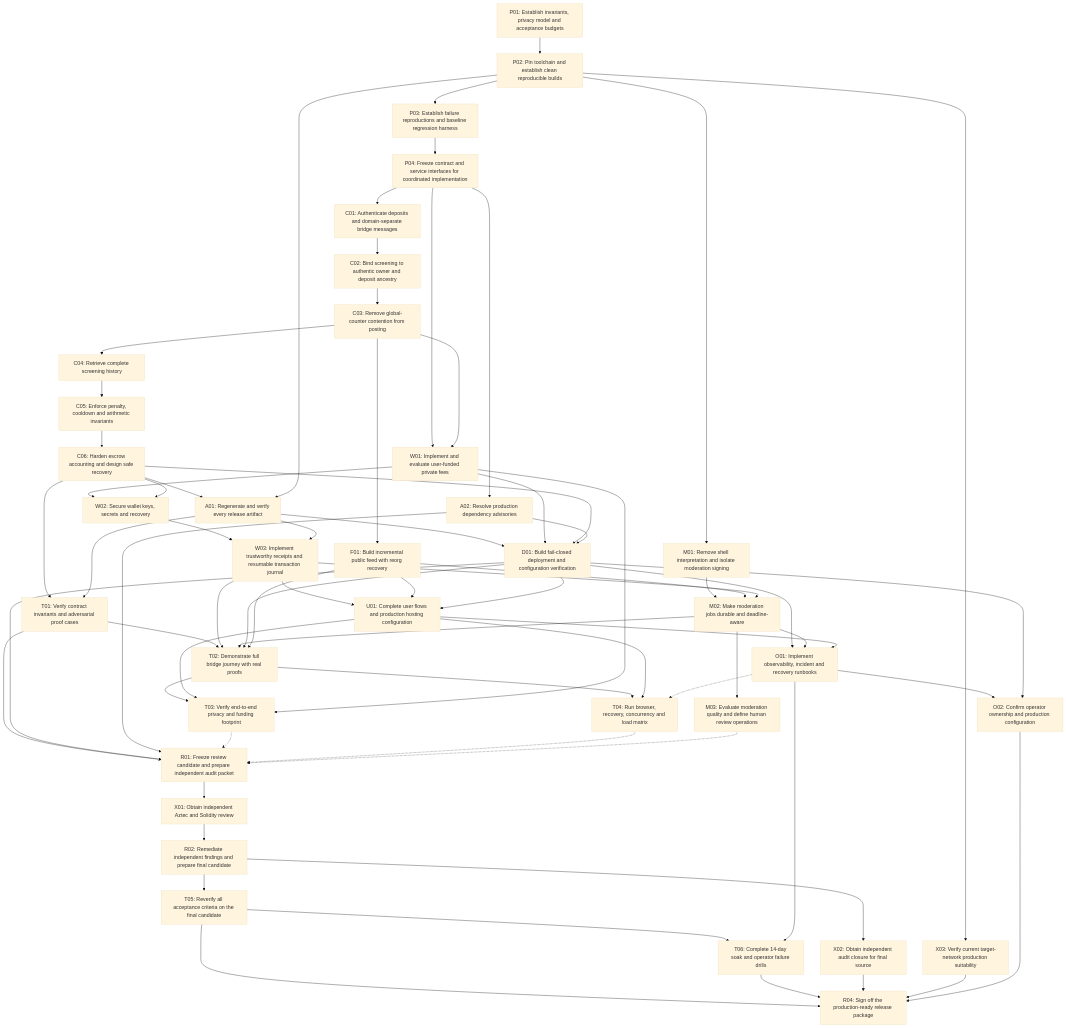
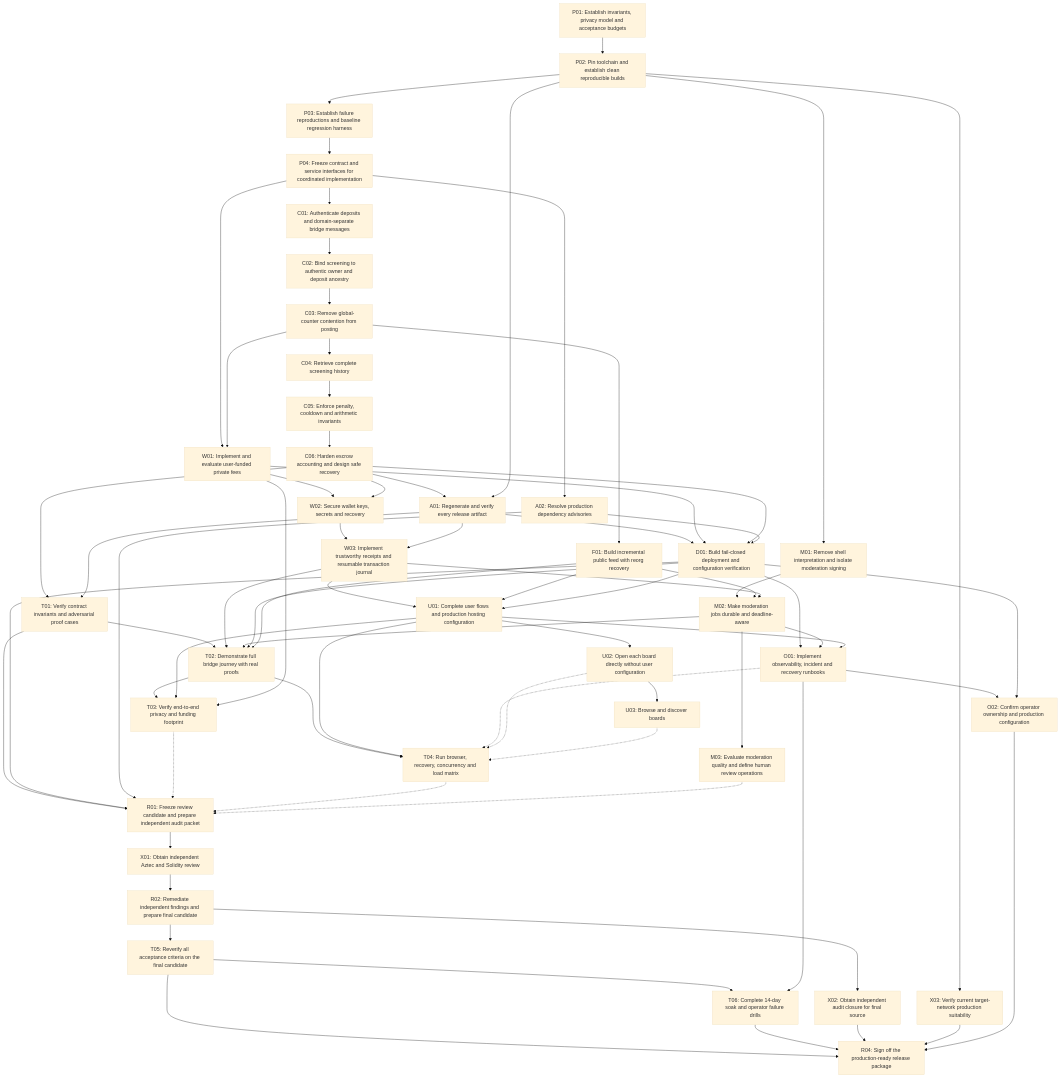
Before and after one commit to zac-williamson/aztec_experiments: the diagram in execution/GRAPH.md, drawn with Mermaid (base theme). The commit also changed other lines of this file and 7 other files, not shown here.

````diff
--- a/execution/GRAPH.md
+++ b/execution/GRAPH.md
@@ -75,6 +75,8 @@
     T02 --> T04
     U01 --> T04
     O01 -.-> T04
+    U02 -.-> T04
+    U03 -.-> T04
     R01["R01: Freeze review candidate and prepare independent audit packet"]
     T01 --> R01
     D01 --> R01
@@ -106,4 +108,8 @@
     O02 --> R04
     A02["A02: Resolve production dependency advisories"]
     P04 --> A02
+    U02["U02: Open each board directly without user configuration"]
+    U01 --> U02
+    U03["U03: Browse and discover boards"]
+    U02 --> U03
 ```
````
